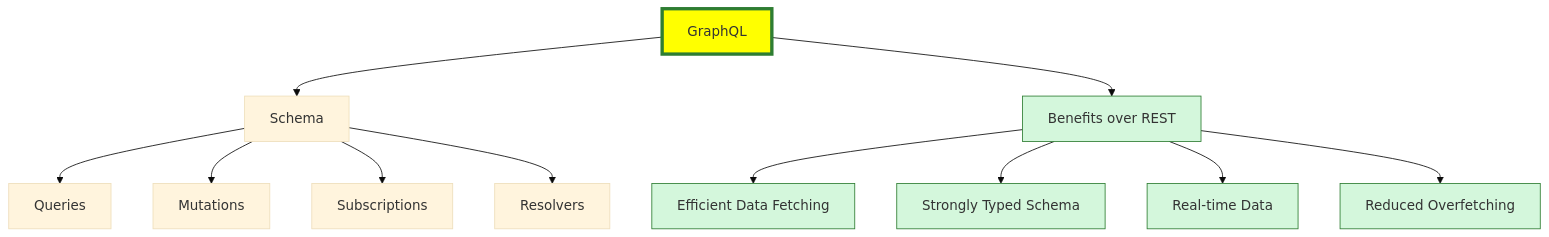
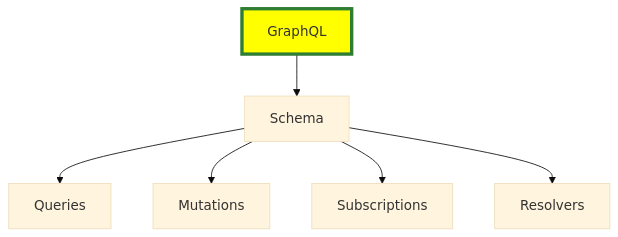
Before and after one commit to YesInAJiffy/graphql: the first of 2 diagrams in README.md, drawn with Mermaid (base theme). The commit also changed other lines of this file, not shown here.

````diff
--- a/README.md
+++ b/README.md
@@ -36,25 +36,17 @@
 ```mermaid
 
 graph TD
     A[GraphQL] --> B[Schema]
     B --> C[Queries]
     B --> D[Mutations]
     B --> E[Subscriptions]
     B --> F[Resolvers]
-    A --> G[Benefits over REST]
-    G --> H[Efficient Data Fetching]
-    G --> I[Strongly Typed Schema]
-    G --> J[Real-time Data]
-    G --> K[Reduced Overfetching]
 
-    %% Styling for benefit nodes
-    classDef benefit fill:#d4f7dc,stroke:#2e7d32,stroke-width:1px;
-    class G,H,I,J,K benefit;
 
 
 %% Define a custom style for benefits
     classDef title fill:#ffff00,stroke:#2e7d32,stroke-width:4px;
 
     %% Apply the style to benefit nodes
     class A title;
 ```
````
